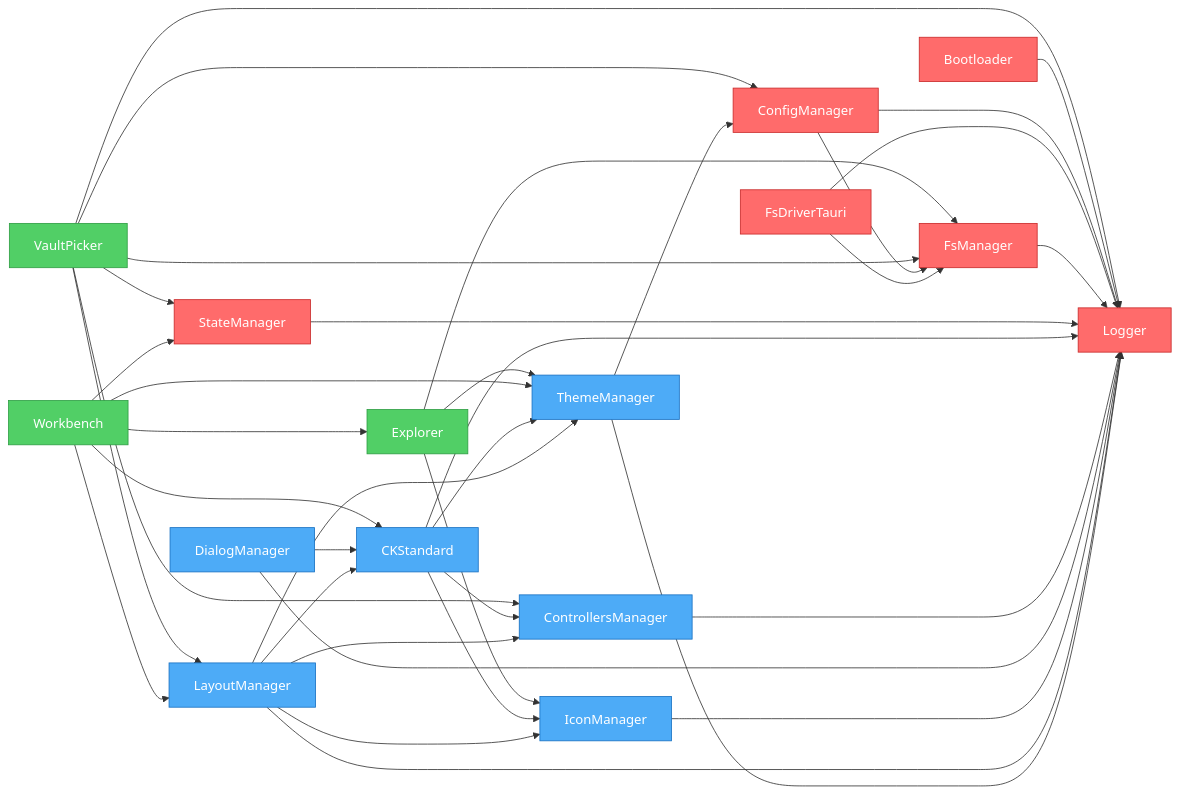
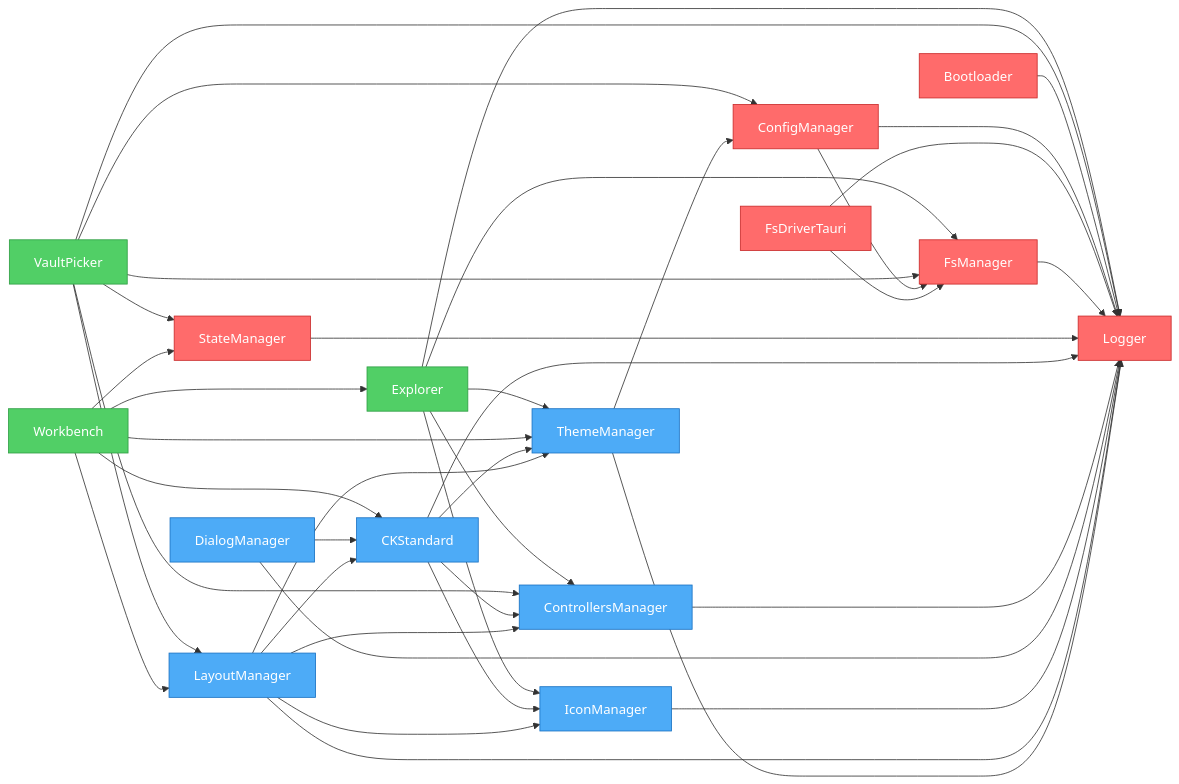
Before and after one commit to khton-tech/notehub.md: the diagram in artifacts/graph.mmd, drawn with Mermaid. The commit also changed 8 other files, not shown here.

Commit message:
feat: Implement initial plugin architecture with core components, event bus, and a generated dependency graph for the desktop application.

```diff
--- a/artifacts/graph.mmd
+++ b/artifacts/graph.mmd
@@ -1,61 +1,63 @@
 flowchart LR
     nh_features_explorer["Explorer"]
     nh_features_vault-picker["VaultPicker"]
     nh_features_workbench["Workbench"]
     nh_system_bootloader["Bootloader"]
     nh_system_config-manager["ConfigManager"]
     nh_system_fs-driver-tauri["FsDriverTauri"]
     nh_system_fs-manager["FsManager"]
+    nh_system_logger["Logger"]
     nh_system_state-manager["StateManager"]
-    nh_system_logger["Logger"]
     nh_ui_ck-standard["CKStandard"]
     nh_ui_controllers-manager["ControllersManager"]
     nh_ui_dialog-manager["DialogManager"]
     nh_ui_icon-manager["IconManager"]
     nh_ui_layout-manager["LayoutManager"]
     nh_ui_theme-manager["ThemeManager"]
     nh_features_explorer --> nh_system_fs-manager
+    nh_features_explorer --> nh_system_logger
+    nh_features_explorer --> nh_ui_controllers-manager
     nh_features_explorer --> nh_ui_icon-manager
     nh_features_explorer --> nh_ui_theme-manager
     nh_features_vault-picker --> nh_system_fs-manager
     nh_features_vault-picker --> nh_system_config-manager
     nh_features_vault-picker --> nh_system_state-manager
     nh_features_vault-picker --> nh_system_logger
     nh_features_vault-picker --> nh_ui_controllers-manager
     nh_features_vault-picker --> nh_ui_layout-manager
     nh_features_workbench --> nh_ui_layout-manager
     nh_features_workbench --> nh_ui_theme-manager
     nh_features_workbench --> nh_ui_ck-standard
     nh_features_workbench --> nh_system_state-manager
     nh_features_workbench --> nh_features_explorer
     nh_system_bootloader --> nh_system_logger
     nh_system_config-manager --> nh_system_logger
     nh_system_config-manager --> nh_system_fs-manager
     nh_system_fs-driver-tauri --> nh_system_logger
     nh_system_fs-driver-tauri --> nh_system_fs-manager
     nh_system_fs-manager --> nh_system_logger
     nh_system_state-manager --> nh_system_logger
     nh_ui_ck-standard --> nh_system_logger
     nh_ui_ck-standard --> nh_ui_controllers-manager
     nh_ui_ck-standard --> nh_ui_icon-manager
     nh_ui_ck-standard --> nh_ui_theme-manager
     nh_ui_controllers-manager --> nh_system_logger
     nh_ui_dialog-manager --> nh_system_logger
     nh_ui_dialog-manager --> nh_ui_ck-standard
     nh_ui_icon-manager --> nh_system_logger
     nh_ui_layout-manager --> nh_system_logger
     nh_ui_layout-manager --> nh_ui_theme-manager
     nh_ui_layout-manager --> nh_ui_icon-manager
     nh_ui_layout-manager --> nh_ui_controllers-manager
     nh_ui_layout-manager --> nh_ui_ck-standard
     nh_ui_theme-manager --> nh_system_logger
     nh_ui_theme-manager --> nh_system_config-manager
 
     %% Styles
     classDef system fill:#ff6b6b,stroke:#c92a2a,color:#fff
     classDef ui fill:#4dabf7,stroke:#1971c2,color:#fff
     classDef feature fill:#51cf66,stroke:#2f9e44,color:#fff
     class nh_features_explorer,nh_features_workbench feature
     class nh_features_vault-picker feature
-    class nh_system_bootloader,nh_system_config-manager,nh_system_fs-driver-tauri,nh_system_fs-manager,nh_system_state-manager,nh_system_logger system
+    class nh_system_bootloader,nh_system_config-manager,nh_system_fs-driver-tauri,nh_system_fs-manager,nh_system_logger,nh_system_state-manager system
     class nh_ui_ck-standard,nh_ui_controllers-manager,nh_ui_dialog-manager,nh_ui_icon-manager,nh_ui_layout-manager,nh_ui_theme-manager ui
```
